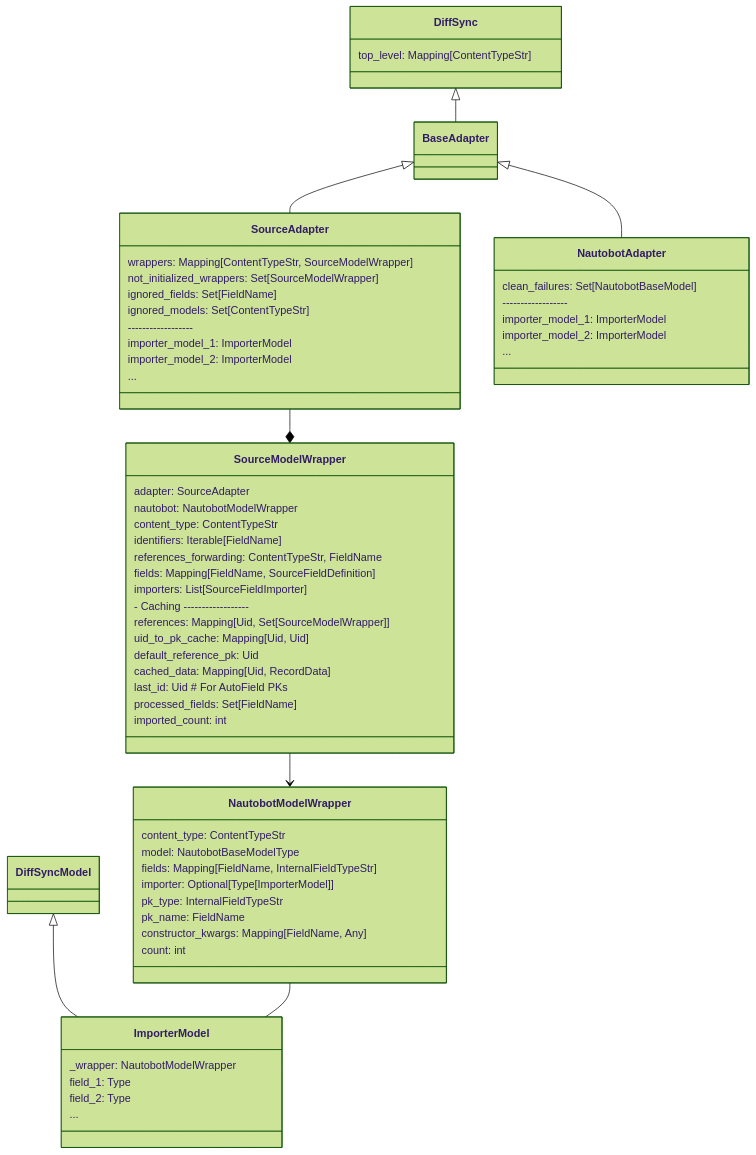
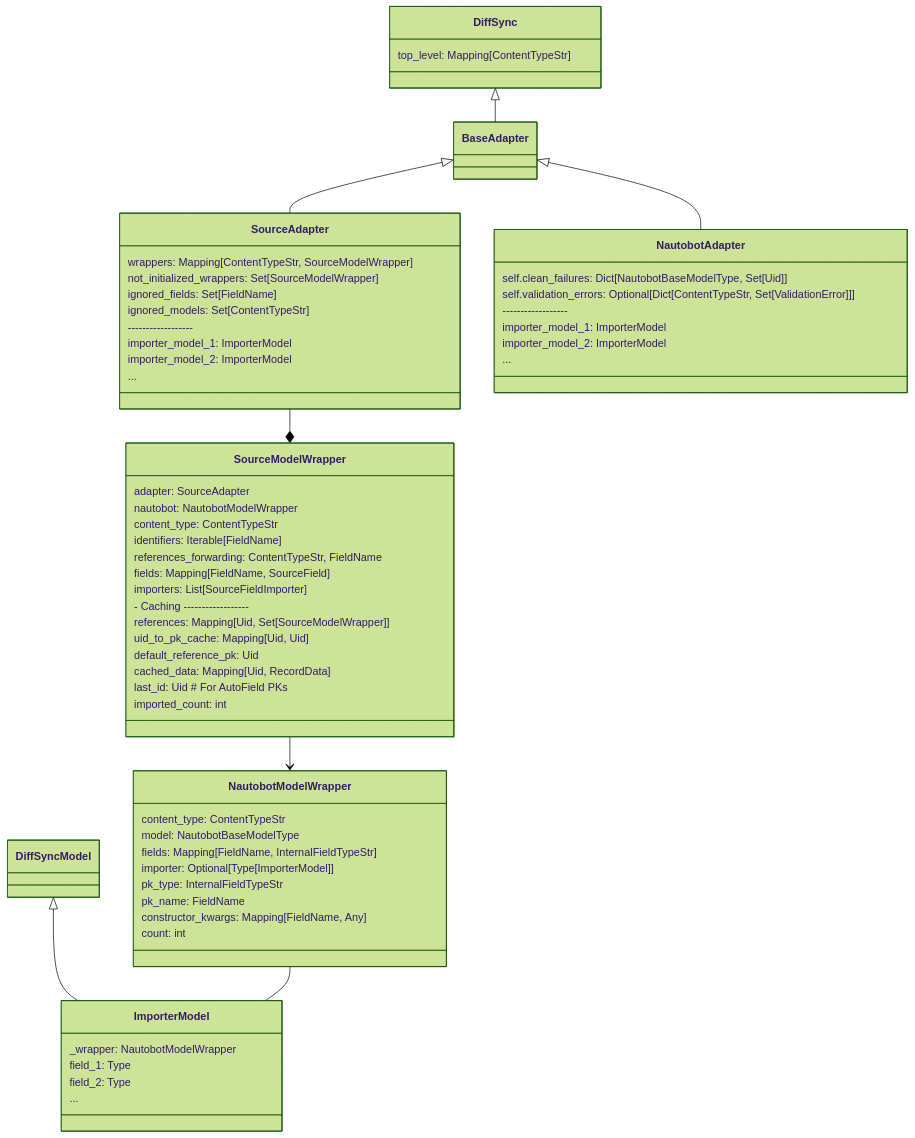
One commit to nautobot/nautobot-app-netbox-importer changed the diagram in docs/dev/importer.md. Above: the diagram before and after it, drawn with Mermaid (forest theme).

Commit message:
chore: Docs updates

````diff
--- a/docs/dev/importer.md
+++ b/docs/dev/importer.md
@@ -88,70 +88,70 @@
 ```mermaid
 classDiagram
     class DiffSync {
         top_level: Mapping[ContentTypeStr]
     }
     class DiffSyncModel {
         
     }
     class BaseAdapter {
         
     }
     class SourceAdapter {
         wrappers: Mapping[ContentTypeStr, SourceModelWrapper]
         not_initialized_wrappers: Set[SourceModelWrapper]
         ignored_fields: Set[FieldName]
         ignored_models: Set[ContentTypeStr]
         ------------------
         importer_model_1: ImporterModel
         importer_model_2: ImporterModel
         ...
     }
     class SourceModelWrapper {
         adapter: SourceAdapter
         nautobot: NautobotModelWrapper
         content_type: ContentTypeStr
         identifiers: Iterable[FieldName]
         references_forwarding: ContentTypeStr, FieldName
-        fields: Mapping[FieldName, SourceFieldDefinition]
+        fields: Mapping[FieldName, SourceField]
         importers: List[SourceFieldImporter]
         - Caching ------------------
         references: Mapping[Uid, Set[SourceModelWrapper]]
         uid_to_pk_cache: Mapping[Uid, Uid]
         default_reference_pk: Uid
         cached_data: Mapping[Uid, RecordData]
         last_id: Uid  # For AutoField PKs
-        processed_fields: Set[FieldName]
         imported_count: int
     }
     class NautobotModelWrapper {
         content_type: ContentTypeStr
         model: NautobotBaseModelType
         fields: Mapping[FieldName, InternalFieldTypeStr]
         importer: Optional[Type[ImporterModel]]
         pk_type: InternalFieldTypeStr
         pk_name: FieldName
         constructor_kwargs: Mapping[FieldName, Any]
         count: int
     }
     class NautobotAdapter {
-        clean_failures: Set[NautobotBaseModel]
+        self.clean_failures: Dict[NautobotBaseModelType, Set[Uid]]
+        self.validation_errors: Optional[Dict[ContentTypeStr, Set[ValidationError]]]
         ------------------
         importer_model_1: ImporterModel
         importer_model_2: ImporterModel
         ...
     }
     class ImporterModel {
         _wrapper: NautobotModelWrapper
         field_1: Type
         field_2: Type
         ...
     }
 
     DiffSync <|-- BaseAdapter
     DiffSyncModel <|-- ImporterModel
     BaseAdapter <|-- SourceAdapter
     SourceModelWrapper --> NautobotModelWrapper
     SourceAdapter --* SourceModelWrapper
     BaseAdapter <|-- NautobotAdapter
     NautobotModelWrapper -- ImporterModel
 ```
````
